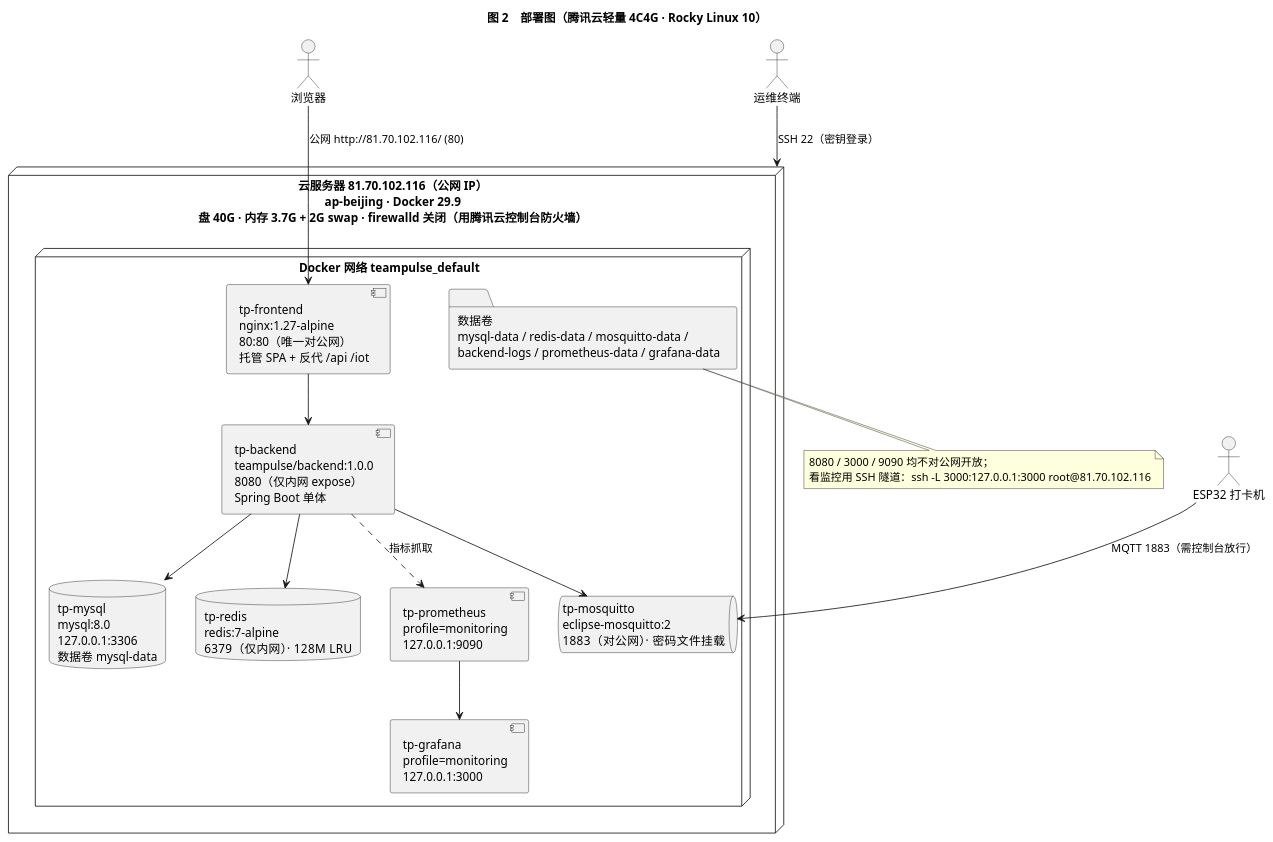
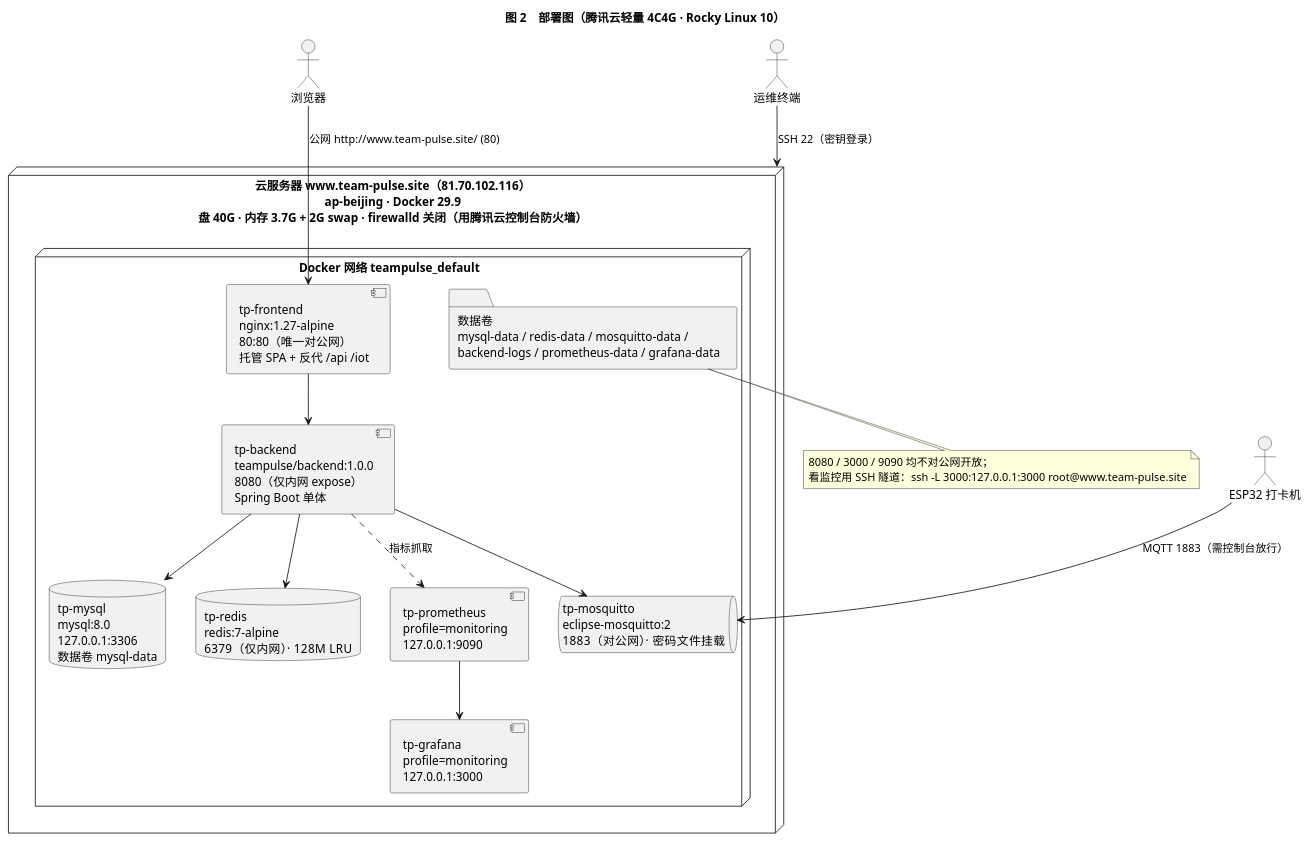
The diagram in docs/diagrams/src/fig2-deployment.puml (The-prist/TeamPulse), drawn with PlantUML before and after one commit. The commit also changed 1 other file, not shown here.

Commit message:
docs(diagram): 部署图源码补上正式域名
fig2-deployment.puml / .mmd：节点标题改为「云服务器 www.team-pulse.site（81.70.102.116）」，
访问箭头改为 http://www.team-pulse.site/，SSH 隧道示例改为 root@www.team-pulse.site。

注：已导出的 PNG（docs/diagrams/v2/fig2-deployment.png）与《系统图册》里嵌的仍是
服务器公网 IP——那是服务器的技术标识，与「域名解析到该 IP」并不冲突；
若要连图一起换，需重跑 make_diagrams.py + make_atlas_docx.py 并重新套版。

```diff
--- a/docs/diagrams/src/fig2-deployment.puml
+++ b/docs/diagrams/src/fig2-deployment.puml
@@ -1,37 +1,37 @@
 @startuml 图2-部署图
 title 图 2　部署图（腾讯云轻量 4C4G · Rocky Linux 10）
 
 actor "浏览器" as BROWSER
 actor "ESP32 打卡机" as ESP32
 actor "运维终端" as OPS
 
-node "云服务器 81.70.102.116（公网 IP）\nap-beijing · Docker 29.9\n盘 40G · 内存 3.7G + 2G swap · firewalld 关闭（用腾讯云控制台防火墙）" as CLOUD {
+node "云服务器 www.team-pulse.site（81.70.102.116）\nap-beijing · Docker 29.9\n盘 40G · 内存 3.7G + 2G swap · firewalld 关闭（用腾讯云控制台防火墙）" as CLOUD {
 
   node "Docker 网络 teampulse_default" as NET {
     component "tp-frontend\nnginx:1.27-alpine\n80:80（唯一对公网）\n托管 SPA + 反代 /api /iot" as FE
     component "tp-backend\nteampulse/backend:1.0.0\n8080（仅内网 expose）\nSpring Boot 单体" as BE
     database "tp-mysql\nmysql:8.0\n127.0.0.1:3306\n数据卷 mysql-data" as DB
     database "tp-redis\nredis:7-alpine\n6379（仅内网）· 128M LRU" as RC
     queue "tp-mosquitto\neclipse-mosquitto:2\n1883（对公网）· 密码文件挂载" as MQ
     component "tp-prometheus\nprofile=monitoring\n127.0.0.1:9090" as PROM
     component "tp-grafana\nprofile=monitoring\n127.0.0.1:3000" as GRAF
     folder "数据卷\nmysql-data / redis-data / mosquitto-data /\nbackend-logs / prometheus-data / grafana-data" as VOL
   }
 }
 
-BROWSER --> FE : "公网 http://81.70.102.116/ (80)"
+BROWSER --> FE : "公网 http://www.team-pulse.site/ (80)"
 ESP32 --> MQ : "MQTT 1883（需控制台放行）"
 OPS --> CLOUD : "SSH 22（密钥登录）"
 
 FE --> BE
 BE --> DB
 BE --> RC
 BE --> MQ
 PROM --> GRAF
 BE ..> PROM : 指标抓取
 
 note bottom
   8080 / 3000 / 9090 均不对公网开放；
-  看监控用 SSH 隧道：ssh -L 3000:127.0.0.1:3000 root@81.70.102.116
+  看监控用 SSH 隧道：ssh -L 3000:127.0.0.1:3000 root@www.team-pulse.site
 end note
 @enduml
```
